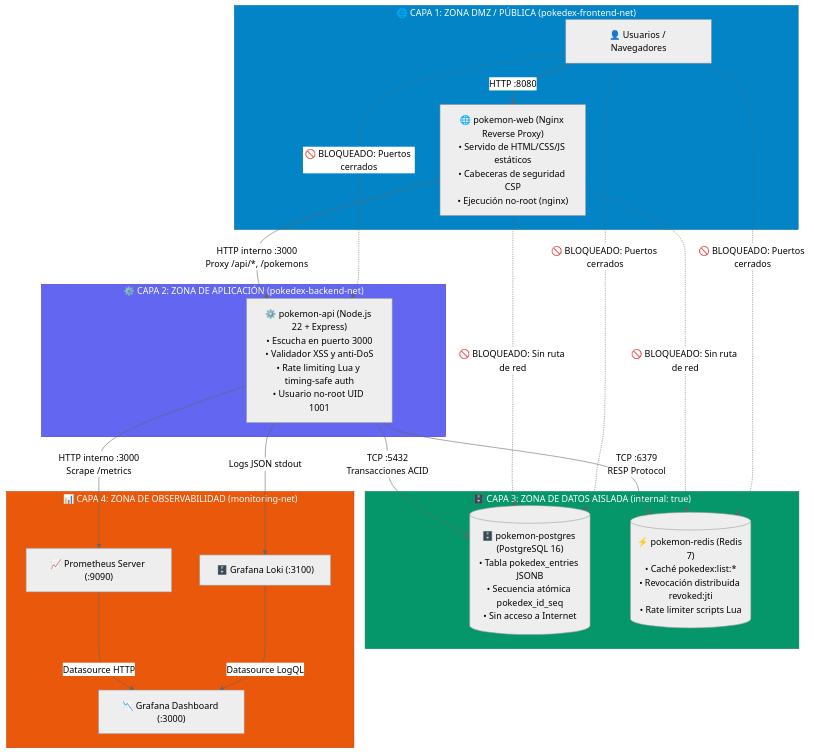
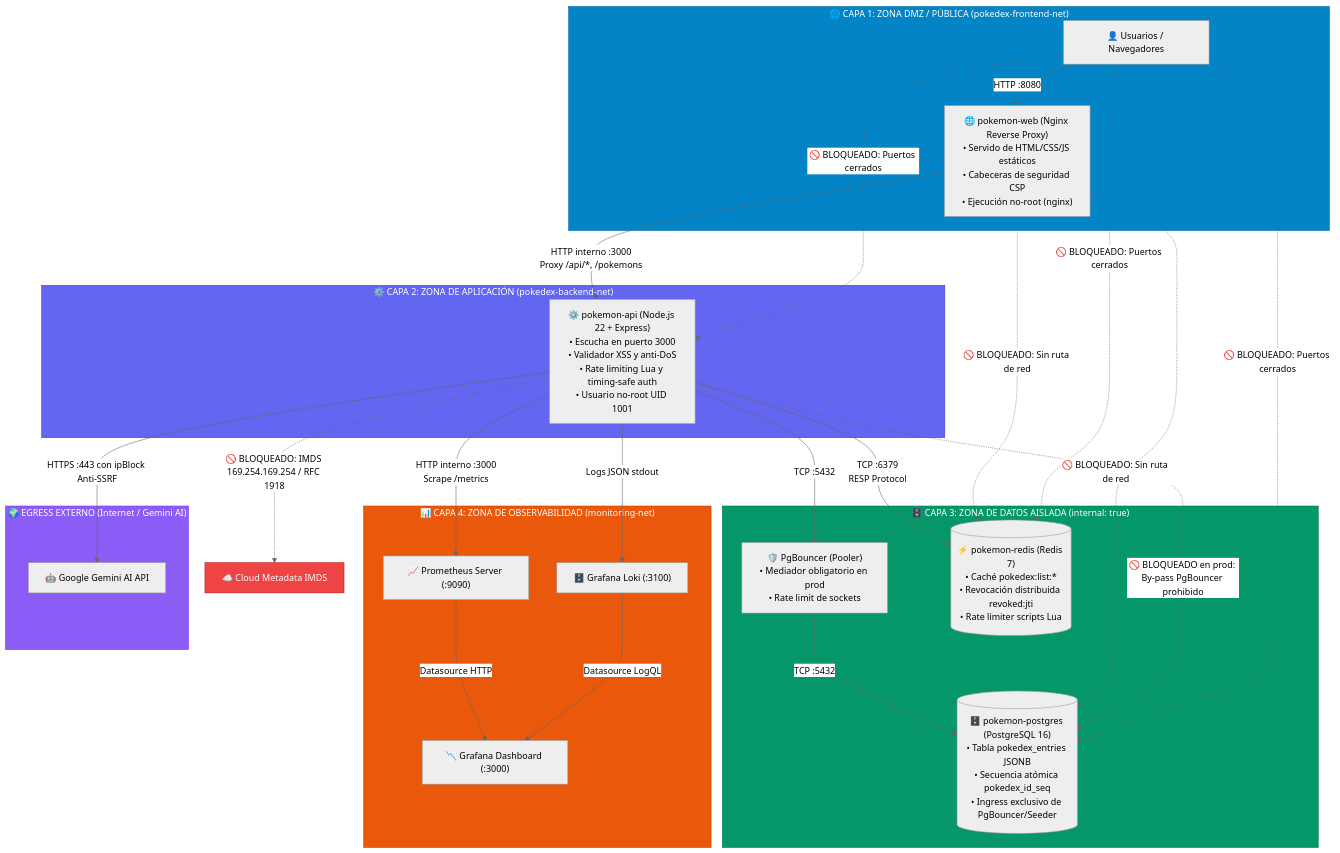
Before and after one commit to rocapellino/pokedex: the first of 2 diagrams in docs/architecture/SECURITY_AND_NETWORK_ISOLATION.md, drawn with Mermaid (neutral theme). The commit also changed other lines of this file and 8 other files, not shown here.

Commit message:
docs: update comprehensive technical documentation across architecture, security, helm, devops and runbooks

````diff
--- a/docs/architecture/SECURITY_AND_NETWORK_ISOLATION.md
+++ b/docs/architecture/SECURITY_AND_NETWORK_ISOLATION.md
@@ -34,39 +41,50 @@
 ```mermaid
 flowchart TD
     subgraph PUBLIC_ZONE["🌐 CAPA 1: ZONA DMZ / PÚBLICA (pokedex-frontend-net)"]
         CLIENT["👤 Usuarios / Navegadores"] -->|HTTP :8080| WEB["🌐 pokemon-web (Nginx Reverse Proxy)\n• Servido de HTML/CSS/JS estáticos\n• Cabeceras de seguridad CSP\n• Ejecución no-root (nginx)"]
     end
 
     subgraph APP_ZONE["⚙️ CAPA 2: ZONA DE APLICACIÓN (pokedex-backend-net)"]
         WEB -->|HTTP interno :3000\nProxy /api/*, /pokemons| API["⚙️ pokemon-api (Node.js 22 + Express)\n• Escucha en puerto 3000\n• Validador XSS y anti-DoS\n• Rate limiting Lua y timing-safe auth\n• Usuario no-root UID 1001"]
     end
 
     subgraph DATA_ZONE["🗄️ CAPA 3: ZONA DE DATOS AISLADA (internal: true)"]
-        API -->|TCP :5432\nTransacciones ACID| DB[("🗄️ pokemon-postgres (PostgreSQL 16)\n• Tabla pokedex_entries JSONB\n• Secuencia atómica pokedex_id_seq\n• Sin acceso a Internet")]
+        API -->|TCP :5432| PGB["🛡️ PgBouncer (Pooler)\n• Mediador obligatorio en prod\n• Rate limit de sockets"]
+        PGB -->|TCP :5432| DB[("🗄️ pokemon-postgres (PostgreSQL 16)\n• Tabla pokedex_entries JSONB\n• Secuencia atómica pokedex_id_seq\n• Ingress exclusivo de PgBouncer/Seeder")]
         API -->|TCP :6379\nRESP Protocol| REDIS[("⚡ pokemon-redis (Redis 7)\n• Caché pokedex:list:*\n• Revocación distribuida revoked:jti\n• Rate limiter scripts Lua")]
     end
 
     subgraph OBS_ZONE["📊 CAPA 4: ZONA DE OBSERVABILIDAD (monitoring-net)"]
         API -->|HTTP interno :3000\nScrape /metrics| PROM["📈 Prometheus Server (:9090)"]
         PROM -->|Datasource HTTP| GRAFANA["📉 Grafana Dashboard (:3000)"]
         API -->|Logs JSON stdout| LOKI["🗄️ Grafana Loki (:3100)"]
         LOKI -->|Datasource LogQL| GRAFANA
     end
 
+    subgraph EGRESS_OUT["🌍 EGRESS EXTERNO (Internet / Gemini AI)"]
+        API -->|HTTPS :443 con ipBlock Anti-SSRF| GEMINI["🤖 Google Gemini AI API"]
+    end
+
     %% Reglas de bloqueo estricto
     WEB -.->|🚫 BLOQUEADO: Sin ruta de red| DB
     WEB -.->|🚫 BLOQUEADO: Sin ruta de red| REDIS
+    API -.->|🚫 BLOQUEADO en prod: By-pass PgBouncer prohibido| DB
+    API -.->|🚫 BLOQUEADO: IMDS 169.254.169.254 / RFC 1918| METADATA["☁️ Cloud Metadata IMDS"]
     CLIENT -.->|🚫 BLOQUEADO: Puertos cerrados| API
     CLIENT -.->|🚫 BLOQUEADO: Puertos cerrados| DB
     CLIENT -.->|🚫 BLOQUEADO: Puertos cerrados| REDIS
 
     classDef public fill:#0284c7,stroke:#0369a1,color:#fff;
     classDef app fill:#6366f1,stroke:#4338ca,color:#fff;
     classDef data fill:#059669,stroke:#047857,color:#fff;
     classDef obs fill:#ea580c,stroke:#c2410c,color:#fff;
+    classDef egress fill:#8b5cf6,stroke:#7c3aed,color:#fff;
+    classDef blocked fill:#ef4444,stroke:#b91c1c,color:#fff;
 
     class PUBLIC_ZONE public;
     class APP_ZONE app;
     class DATA_ZONE data;
     class OBS_ZONE obs;
+    class EGRESS_OUT egress;
+    class METADATA blocked;
 ```
````
